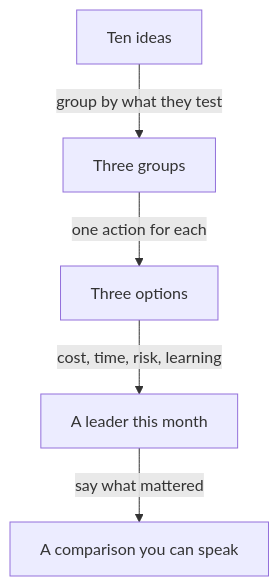
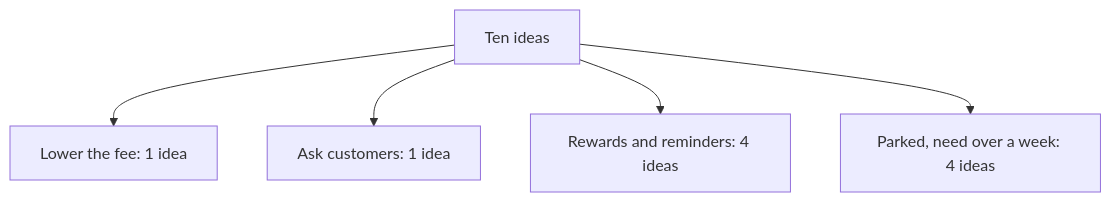
The diagram in courses/founder-interviews/04-case-questions-aloud/04.03-options-and-trade-offs.md (devweekends/Buildment), drawn with Mermaid before and after one commit. The commit also changed other lines of this file and 11 other files, not shown here.

````diff
--- a/courses/founder-interviews/04-case-questions-aloud/04.03-options-and-trade-offs.md
+++ b/courses/founder-interviews/04-case-questions-aloud/04.03-options-and-trade-offs.md
@@ -65,7 +28,7 @@
 ```mermaid
 flowchart TD
-  A["Ten ideas"] -->|"group by what they test"| B["Three groups"]
-  B -->|"one action for each"| C["Three options"]
-  C -->|"cost, time, risk, learning"| D["A leader this month"]
-  D -->|"say what mattered"| E["A comparison you can speak"]
+  A["Ten ideas"] --> B["Lower the fee: 1 idea"]
+  A --> C["Ask customers: 1 idea"]
+  A --> D["Rewards and reminders: 4 ideas"]
+  A --> E["Parked, need over a week: 4 ideas"]
 ```
````
